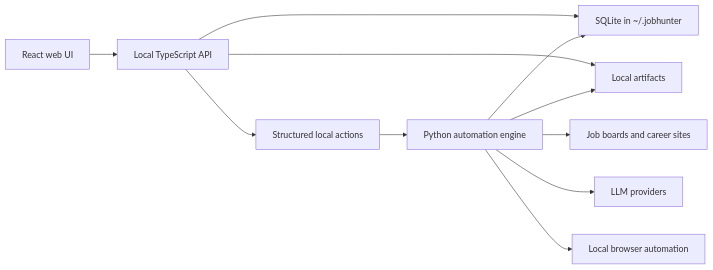
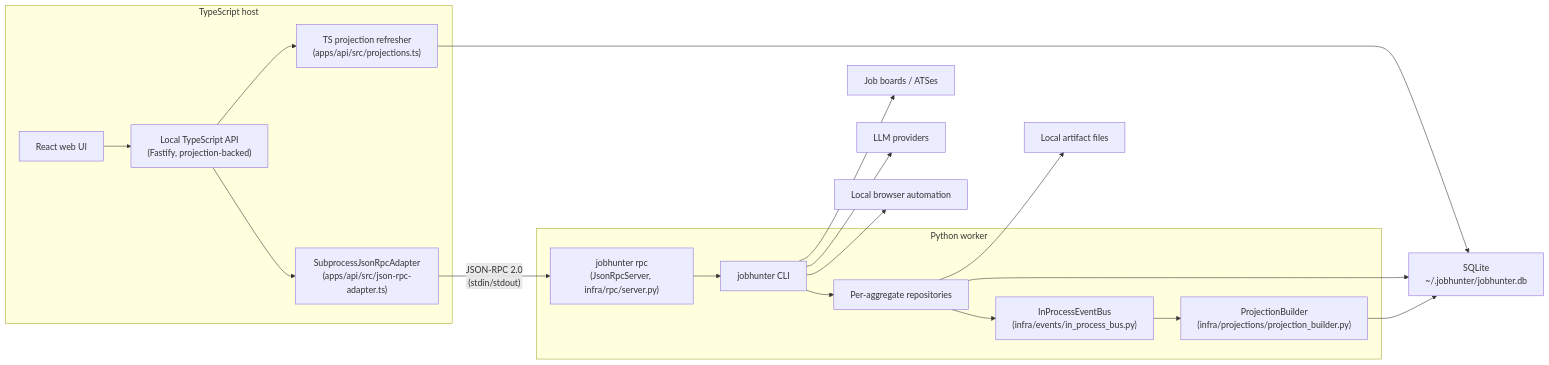
Before and after one commit to ebarti/JobCtrl: the diagram in docs/architecture.md, drawn with Mermaid. The commit also changed other lines of this file and 29 other files, not shown here.

````diff
--- a/docs/architecture.md
+++ b/docs/architecture.md
@@ -24,13 +42,37 @@
 ```mermaid
 flowchart LR
-  Web["React web UI"] --> Api["Local TypeScript API"]
-  Api --> Db["SQLite in ~/.jobhunter"]
-  Api --> Files["Local artifacts"]
-  Api --> Actions["Structured local actions"]
-  Actions --> Workers["Python automation engine"]
-  Workers --> Db
-  Workers --> Files
-  Workers --> Boards["Job boards and career sites"]
-  Workers --> LLM["LLM providers"]
-  Workers --> Browser["Local browser automation"]
+  subgraph TS["TypeScript host"]
+    Web["React web UI"]
+    Api["Local TypeScript API\n(Fastify, projection-backed)"]
+    Projections["TS projection refresher\n(apps/api/src/projections.ts)"]
+    JsonRpc["SubprocessJsonRpcAdapter\n(apps/api/src/json-rpc-adapter.ts)"]
+  end
+  subgraph Py["Python worker"]
+    Cli["jobhunter CLI"]
+    RpcSrv["jobhunter rpc\n(JsonRpcServer, infra/rpc/server.py)"]
+    Bus["InProcessEventBus\n(infra/events/in_process_bus.py)"]
+    Repos["Per-aggregate repositories"]
+    Builder["ProjectionBuilder\n(infra/projections/projection_builder.py)"]
+  end
+  Db["SQLite\n~/.jobhunter/jobhunter.db"]
+  Files["Local artifact files"]
+  Boards["Job boards / ATSes"]
+  LLM["LLM providers"]
+  Browser["Local browser automation"]
+
+  Web --> Api
+  Api --> Projections
+  Api --> JsonRpc
+  Projections --> Db
+  JsonRpc -- "JSON-RPC 2.0\n(stdin/stdout)" --> RpcSrv
+  RpcSrv --> Cli
+  Cli --> Repos
+  Repos --> Db
+  Repos --> Bus
+  Bus --> Builder
+  Builder --> Db
+  Repos --> Files
+  Cli --> Boards
+  Cli --> LLM
+  Cli --> Browser
 ```
````
